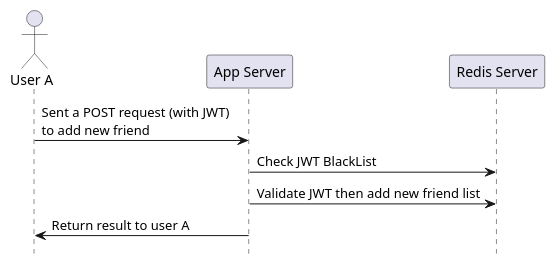
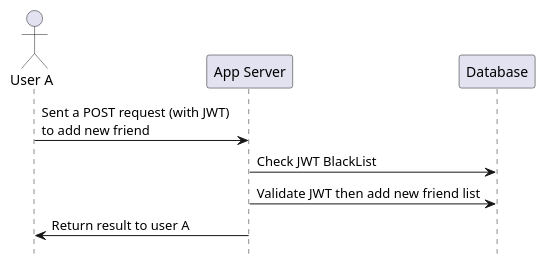
The diagram in docs/Add-friend.puml (truongnh28/pchat), drawn with PlantUML before and after one commit. The commit also changed 40 other files, not shown here.

```diff
--- a/docs/Add-friend.puml
+++ b/docs/Add-friend.puml
@@ -1,13 +1,13 @@
 @startuml
 hide footbox
 
 hide footbox
 
 actor "User A"
 
 "User A" -> "App Server": Sent a POST request (with JWT) \nto add new friend
-"App Server" -> "Redis Server": Check JWT BlackList
-"App Server" -> "Redis Server": Validate JWT then add new friend list
+"App Server" -> "Database": Check JWT BlackList
+"App Server" -> "Database": Validate JWT then add new friend list
 "App Server" -> "User A": Return result to user A
 
 @enduml
```
